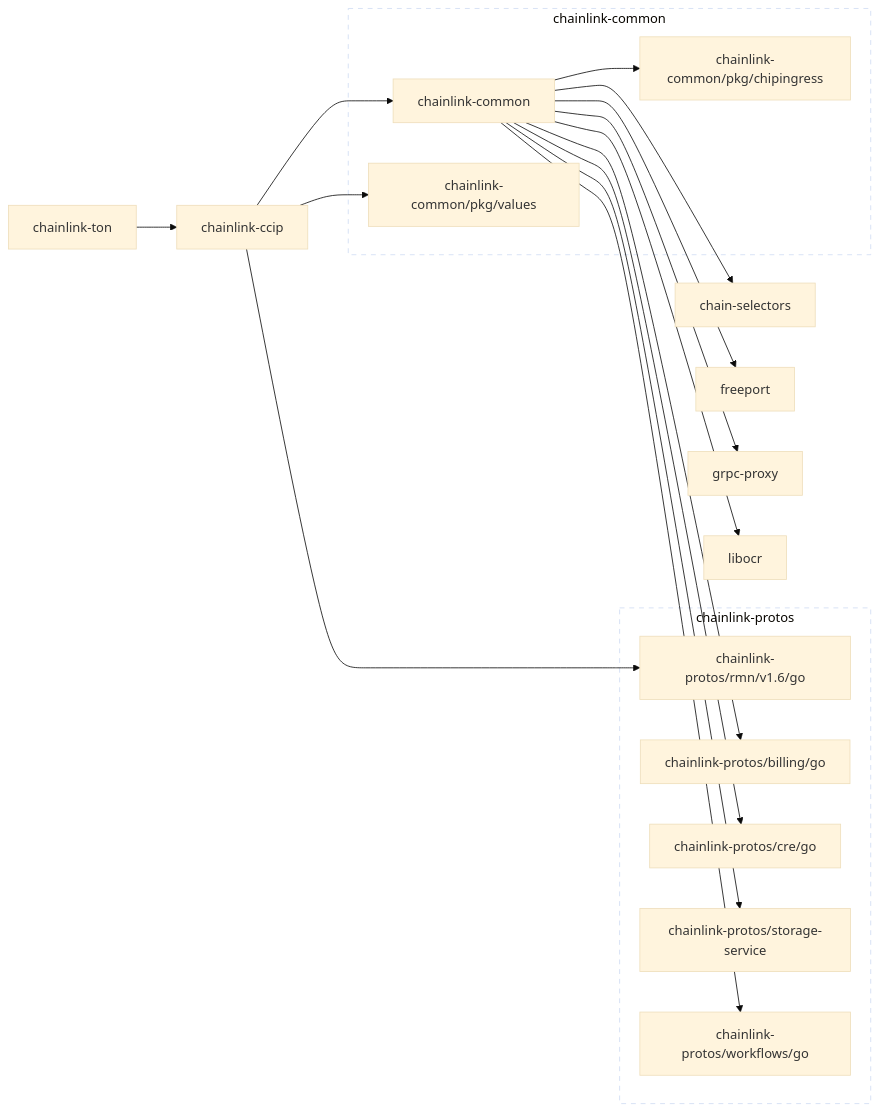
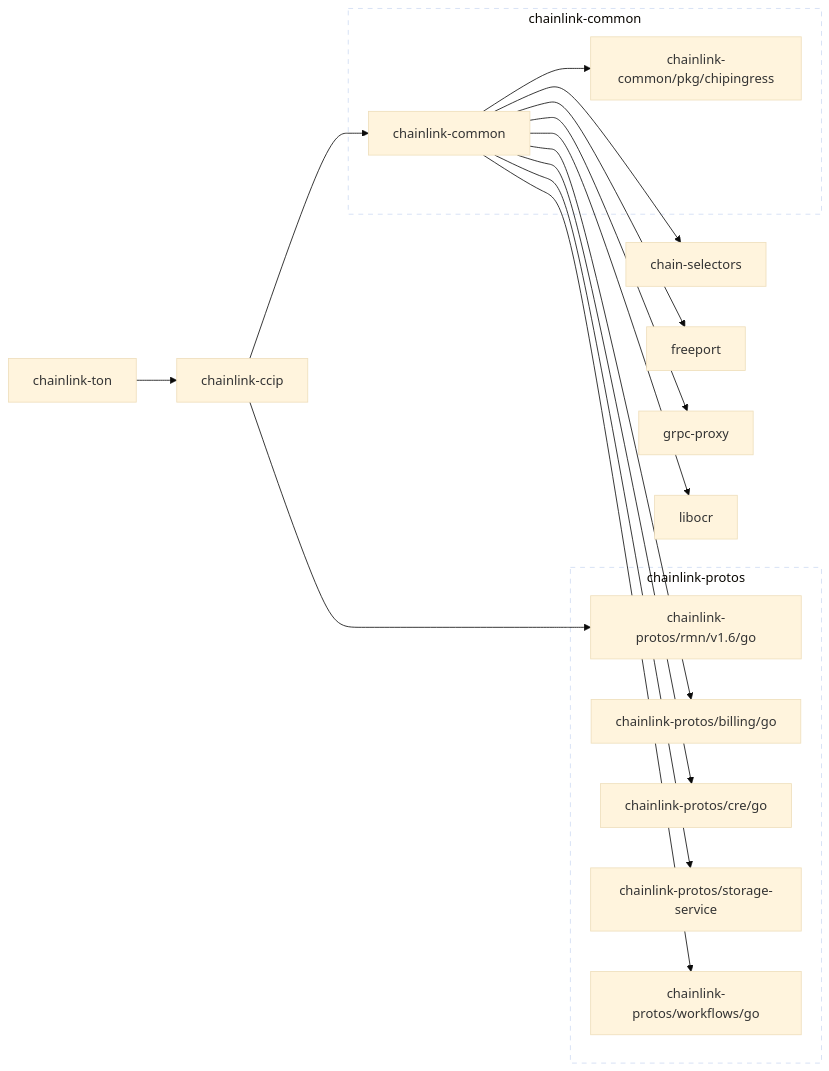
The first of 2 diagrams in go.md (fork-the-planet/smartcontractkit___chainlink-ton), drawn with Mermaid (base theme) before and after one commit. The commit also changed other lines of this file and 72 other files, not shown here.

````diff
--- a/go.md
+++ b/go.md
@@ -3,61 +3,57 @@
 ```mermaid
 flowchart LR
 
 	chain-selectors
 	click chain-selectors href "https://github.com/smartcontractkit/chain-selectors"
 	chainlink-ccip --> chainlink-common
-	chainlink-ccip --> chainlink-common/pkg/values
 	chainlink-ccip --> chainlink-protos/rmn/v1.6/go
 	click chainlink-ccip href "https://github.com/smartcontractkit/chainlink-ccip"
 	chainlink-common --> chain-selectors
 	chainlink-common --> chainlink-common/pkg/chipingress
 	chainlink-common --> chainlink-protos/billing/go
 	chainlink-common --> chainlink-protos/cre/go
 	chainlink-common --> chainlink-protos/storage-service
 	chainlink-common --> chainlink-protos/workflows/go
 	chainlink-common --> freeport
 	chainlink-common --> grpc-proxy
 	chainlink-common --> libocr
 	click chainlink-common href "https://github.com/smartcontractkit/chainlink-common"
 	chainlink-common/pkg/chipingress
 	click chainlink-common/pkg/chipingress href "https://github.com/smartcontractkit/chainlink-common"
-	chainlink-common/pkg/values
-	click chainlink-common/pkg/values href "https://github.com/smartcontractkit/chainlink-common"
 	chainlink-protos/billing/go
 	click chainlink-protos/billing/go href "https://github.com/smartcontractkit/chainlink-protos"
 	chainlink-protos/cre/go
 	click chainlink-protos/cre/go href "https://github.com/smartcontractkit/chainlink-protos"
 	chainlink-protos/rmn/v1.6/go
 	click chainlink-protos/rmn/v1.6/go href "https://github.com/smartcontractkit/chainlink-protos"
 	chainlink-protos/storage-service
 	click chainlink-protos/storage-service href "https://github.com/smartcontractkit/chainlink-protos"
 	chainlink-protos/workflows/go
 	click chainlink-protos/workflows/go href "https://github.com/smartcontractkit/chainlink-protos"
 	chainlink-ton --> chainlink-ccip
 	click chainlink-ton href "https://github.com/smartcontractkit/chainlink-ton"
 	freeport
 	click freeport href "https://github.com/smartcontractkit/freeport"
 	grpc-proxy
 	click grpc-proxy href "https://github.com/smartcontractkit/grpc-proxy"
 	libocr
 	click libocr href "https://github.com/smartcontractkit/libocr"
 
 	subgraph chainlink-common-repo[chainlink-common]
 		 chainlink-common
 		 chainlink-common/pkg/chipingress
-		 chainlink-common/pkg/values
 	end
 	click chainlink-common-repo href "https://github.com/smartcontractkit/chainlink-common"
 
 	subgraph chainlink-protos-repo[chainlink-protos]
 		 chainlink-protos/billing/go
 		 chainlink-protos/cre/go
 		 chainlink-protos/rmn/v1.6/go
 		 chainlink-protos/storage-service
 		 chainlink-protos/workflows/go
 	end
 	click chainlink-protos-repo href "https://github.com/smartcontractkit/chainlink-protos"
 
 	classDef outline stroke-dasharray:6,fill:none;
 	class chainlink-common-repo,chainlink-protos-repo outline
 ```
````
